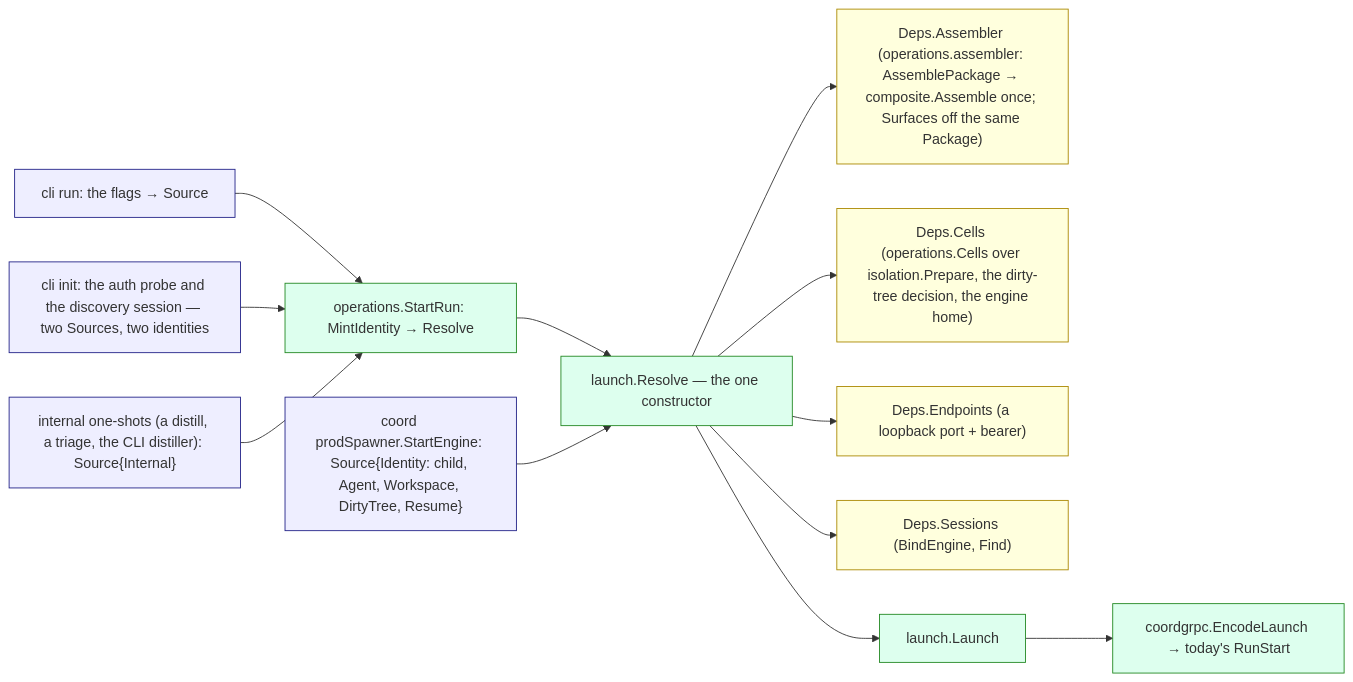
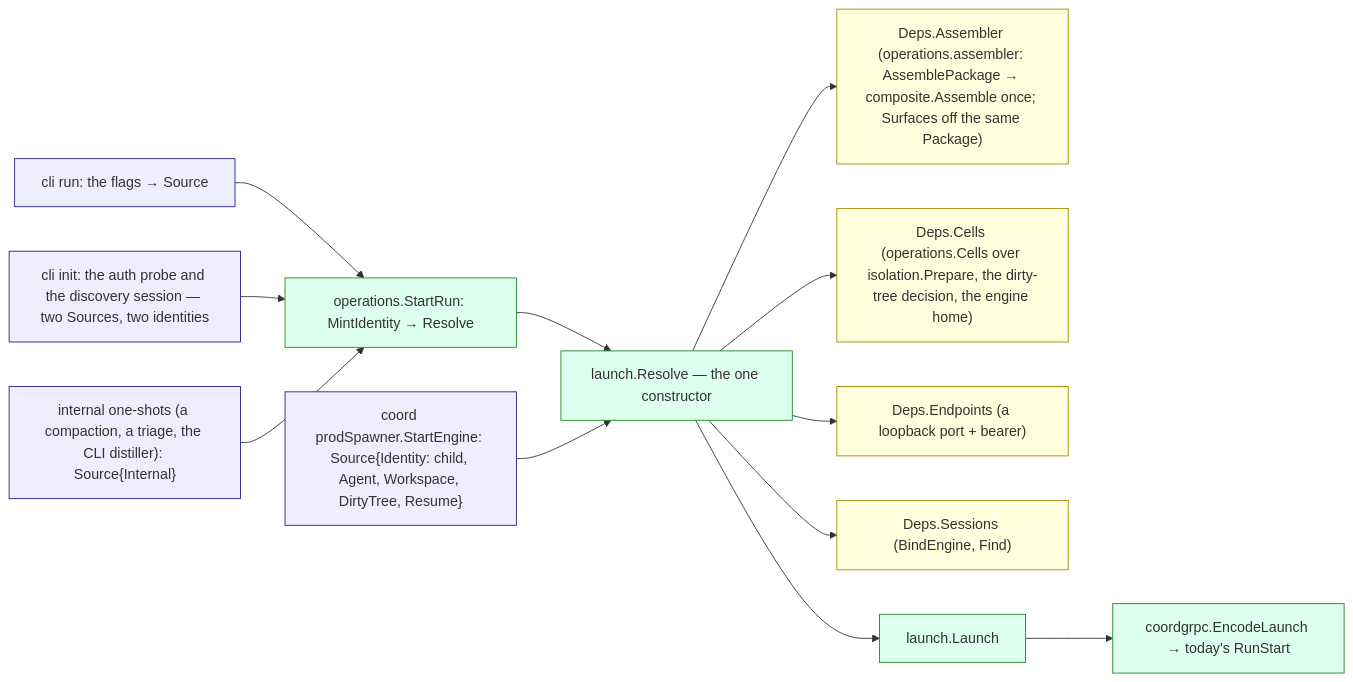
The diagram in docs/architecture/core/launch.md (ctxloom/ctxloom), drawn with Mermaid before and after one commit. The commit also changed other lines of this file and 8 other files, not shown here.

First line of the commit message:
docs: session-side compaction is named compact, not distill

````diff
--- a/docs/architecture/core/launch.md
+++ b/docs/architecture/core/launch.md
@@ -20,22 +20,22 @@
 ```mermaid
 flowchart LR
   classDef src fill:#eef,stroke:#228
   classDef core fill:#dfe,stroke:#282
   classDef port fill:#ffd,stroke:#a80
   RUN["cli run: the flags → Source"]:::src
   INIT["cli init: the auth probe and the discovery session — two Sources, two identities"]:::src
-  ONE["internal one-shots (a distill, a triage, the CLI distiller): Source{Internal}"]:::src
+  ONE["internal one-shots (a compaction, a triage, the CLI distiller): Source{Internal}"]:::src
   SPAWN["coord prodSpawner.StartEngine: Source{Identity: child, Agent, Workspace, DirtyTree, Resume}"]:::src
   START["operations.StartRun: MintIdentity → Resolve"]:::core
   RES["launch.Resolve — the one constructor"]:::core
   ASM["Deps.Assembler (operations.assembler: AssemblePackage → composite.Assemble once; Surfaces off the same Package)"]:::port
   CELLS["Deps.Cells (operations.Cells over isolation.Prepare, the dirty-tree decision, the engine home)"]:::port
   EPM["Deps.Endpoints (a loopback port + bearer)"]:::port
   STORE["Deps.Sessions (BindEngine, Find)"]:::port
   L["launch.Launch"]:::core
   ENC["coordgrpc.EncodeLaunch → today's RunStart"]:::core
   RUN & INIT & ONE --> START --> RES
   SPAWN --> RES
   RES --> ASM & CELLS & EPM & STORE
   RES --> L --> ENC
 ```
````
